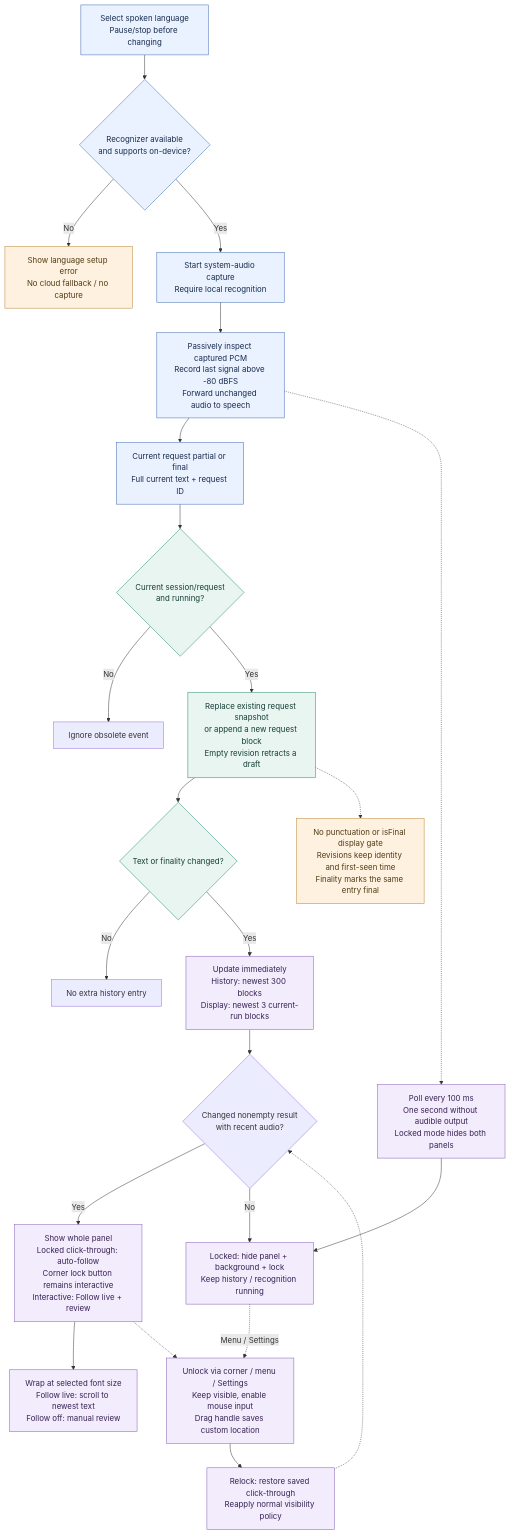
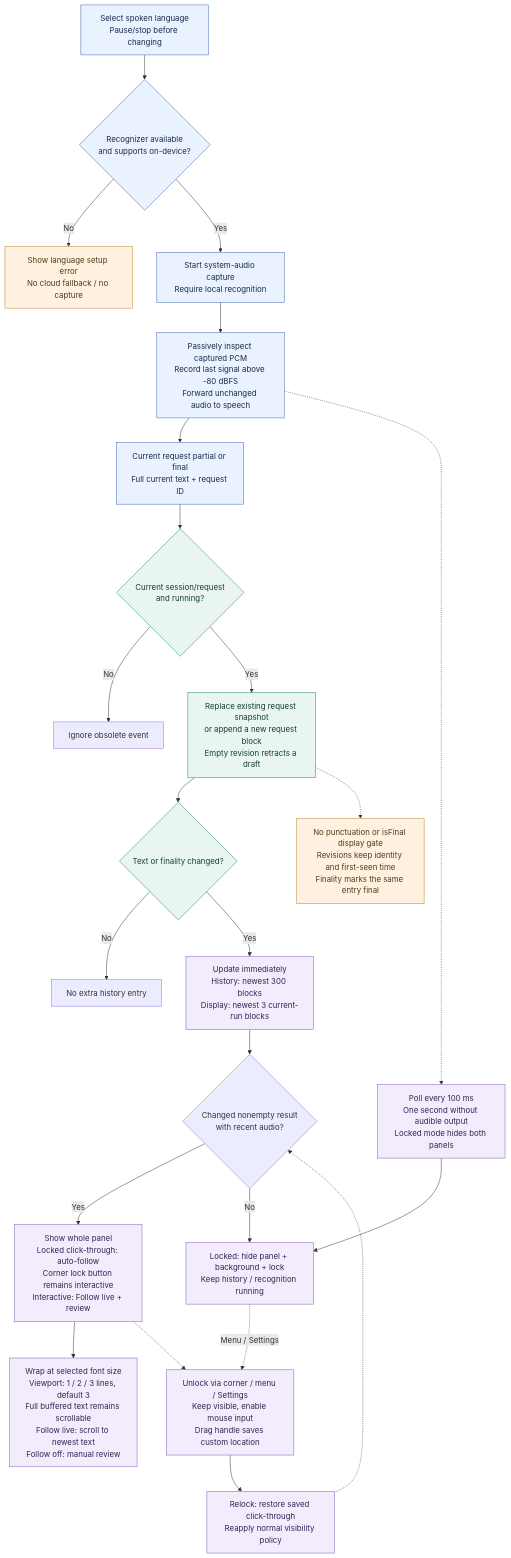
The diagram in docs/diagrams/caption-policy.mmd (mattt-s/ImmersionCaption), drawn with Mermaid before and after one commit. The commit also changed 22 other files, not shown here.

```diff
--- a/docs/diagrams/caption-policy.mmd
+++ b/docs/diagrams/caption-policy.mmd
@@ -1,46 +1,46 @@
 flowchart TD
     accTitle: Immediate revisable caption display policy
     accDescr: Select a locally supported language while paused or stopped. Each partial immediately replaces its request snapshot. Finality updates metadata rather than gating display. Recent text wraps and scrolls; history and display buffers are bounded.
     Select["Select spoken language<br/>Pause/stop before changing"]
     Ready{"Recognizer available<br/>and supports on-device?"}
     Error["Show language setup error<br/>No cloud fallback / no capture"]
     Start["Start system-audio capture<br/>Require local recognition"]
     Event["Current request partial or final<br/>Full current text + request ID"]
     Current{"Current session/request<br/>and running?"}
     Ignore["Ignore obsolete event"]
     Update["Replace existing request snapshot<br/>or append a new request block<br/>Empty revision retracts a draft"]
     Changed{"Text or finality changed?"}
     Duplicate["No extra history entry"]
     Publish["Update immediately<br/>History: newest 300 blocks<br/>Display: newest 3 current-run blocks"]
-    Scroll["Wrap at selected font size<br/>Follow live: scroll to newest text<br/>Follow off: manual review"]
+    Scroll["Wrap at selected font size<br/>Viewport: 1 / 2 / 3 lines, default 3<br/>Full buffered text remains scrollable<br/>Follow live: scroll to newest text<br/>Follow off: manual review"]
     Signal["Passively inspect captured PCM<br/>Record last signal above -80 dBFS<br/>Forward unchanged audio to speech"]
     Quiet["Poll every 100 ms<br/>One second without audible output<br/>Locked mode hides both panels"]
     Hide["Locked: hide panel + background + lock<br/>Keep history / recognition running"]
     Audible{"Changed nonempty result<br/>with recent audio?"}
     Show["Show whole panel<br/>Locked click-through: auto-follow<br/>Corner lock button remains interactive<br/>Interactive: Follow live + review"]
     Unlock["Unlock via corner / menu / Settings<br/>Keep visible, enable mouse input<br/>Drag handle saves custom location"]
     Relock["Relock: restore saved click-through<br/>Reapply normal visibility policy"]
     Note["No punctuation or isFinal display gate<br/>Revisions keep identity and first-seen time<br/>Finality marks the same entry final"]
     Select --> Ready
     Ready -->|"No"| Error
     Ready -->|"Yes"| Start --> Signal --> Event --> Current
     Signal -.-> Quiet --> Hide
     Current -->|"No"| Ignore
     Current -->|"Yes"| Update --> Changed
     Changed -->|"No"| Duplicate
     Changed -->|"Yes"| Publish --> Audible
     Audible -->|"Yes"| Show --> Scroll
     Audible -->|"No"| Hide
     Update -.-> Note
     Show -.-> Unlock
     Hide -.->|"Menu / Settings"| Unlock
     Unlock --> Relock
     Relock -.-> Audible
     classDef input fill:#eaf2ff,stroke:#3b67b1,color:#172b4d
     classDef policy fill:#e8f5f1,stroke:#23836d,color:#153e35
     classDef output fill:#f2ecfc,stroke:#815bb3,color:#382254
     classDef warning fill:#fff1df,stroke:#b9822d,color:#513b16
     class Select,Ready,Start,Signal,Event input
     class Current,Update,Changed policy
     class Publish,Scroll,Show,Quiet,Hide,Unlock,Relock output
     class Error,Note warning
```
